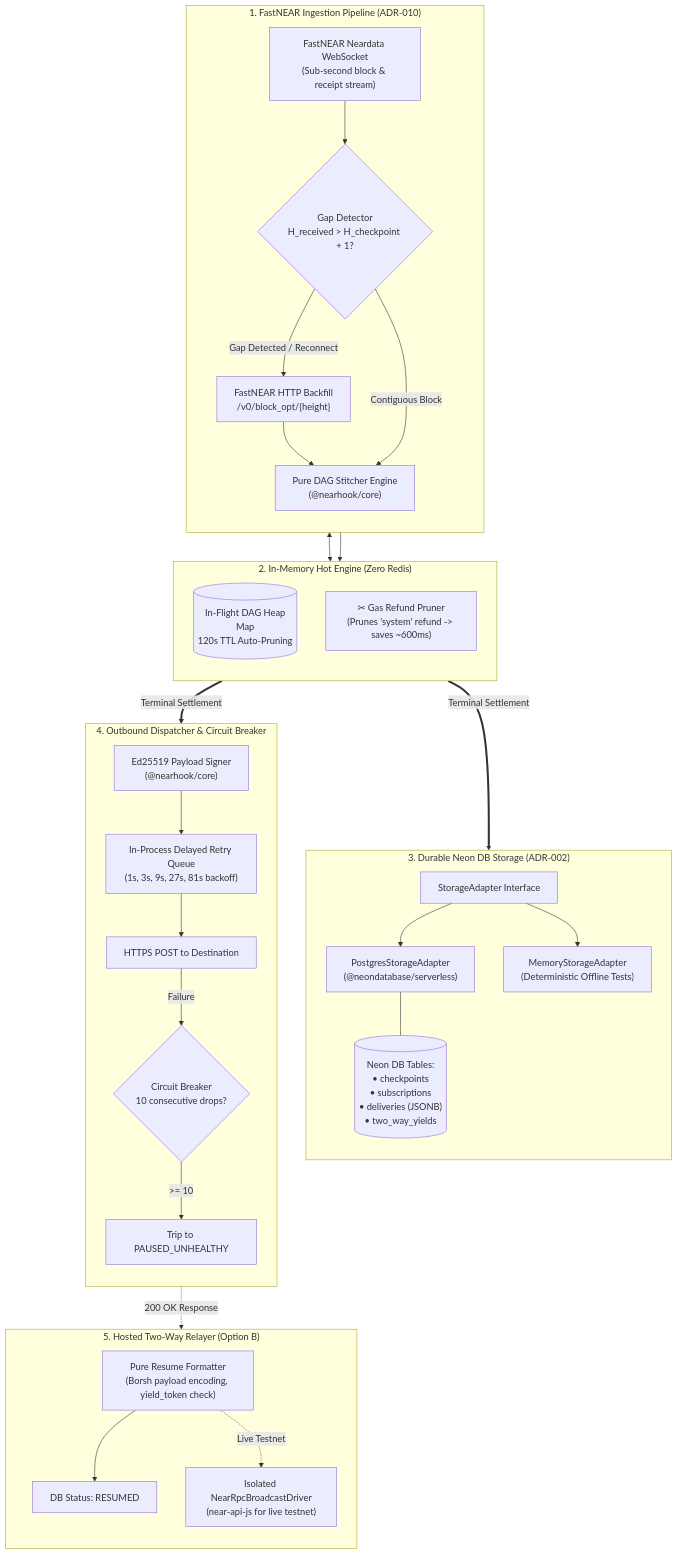
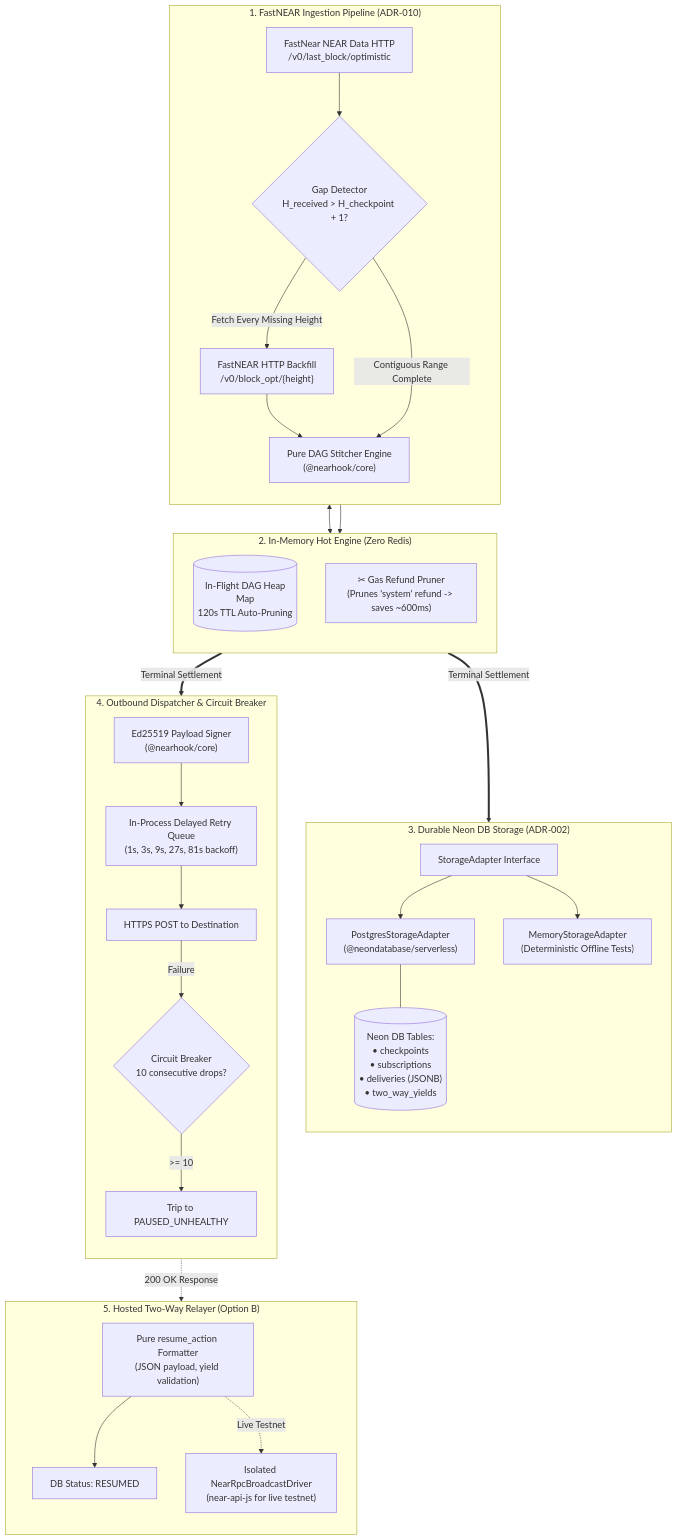
One commit to Team-Managed/NEARHook changed the diagram in docs/tickets/07-fastnear-poller-and-durable-storage.md. Above: the diagram before and after it, drawn with Mermaid. The commit also changed other lines of this file and 2 other files, not shown here.

First line of the commit message:
chore: add DAG vs Saga architectural rationale and align specifications

````diff
--- a/docs/tickets/07-fastnear-poller-and-durable-storage.md
+++ b/docs/tickets/07-fastnear-poller-and-durable-storage.md
@@ -40,60 +41,60 @@
 ```mermaid
 flowchart TD
     subgraph S1["1. FastNEAR Ingestion Pipeline (ADR-010)"]
         direction TB
-        WS["FastNEAR Neardata WebSocket<br/>(Sub-second block & receipt stream)"]
+        HTTPPOLL["FastNear NEAR Data HTTP<br/>/v0/last_block/optimistic"]
         GAP{"Gap Detector<br/>H_received > H_checkpoint + 1?"}
         HTTP["FastNEAR HTTP Backfill<br/>/v0/block_opt/{height}"]
-        WS --> GAP
-        GAP -- "Gap Detected / Reconnect" --> HTTP
+        HTTPPOLL --> GAP
+        GAP -- "Fetch Every Missing Height" --> HTTP
         HTTP --> STITCH
-        GAP -- "Contiguous Block" --> STITCH
+        GAP -- "Contiguous Range Complete" --> STITCH
     end
 
     subgraph S2["2. In-Memory Hot Engine (Zero Redis)"]
         direction TB
         RAM[("In-Flight DAG Heap<br/>Map<TxHash, InFlightDAG><br/>120s TTL Auto-Pruning")]
         STITCH["Pure DAG Stitcher Engine<br/>(@nearhook/core)"]
         PRUNE["✂ Gas Refund Pruner<br/>(Prunes 'system' refund -> saves ~600ms)"]
         STITCH <--> RAM
         STITCH --> PRUNE
     end
 
     subgraph S3["3. Durable Neon DB Storage (ADR-002)"]
         direction TB
         IFACE["StorageAdapter Interface"]
         PG["PostgresStorageAdapter<br/>(@neondatabase/serverless)"]
         MEM["MemoryStorageAdapter<br/>(Deterministic Offline Tests)"]
         IFACE --> PG
         IFACE --> MEM
         SQL[("Neon DB Tables:<br/>• checkpoints<br/>• subscriptions<br/>• deliveries (JSONB)<br/>• two_way_yields")]
         PG --- SQL
     end
 
     subgraph S4["4. Outbound Dispatcher & Circuit Breaker"]
         direction TB
         SIGN["Ed25519 Payload Signer<br/>(@nearhook/core)"]
         RETRY["In-Process Delayed Retry Queue<br/>(1s, 3s, 9s, 27s, 81s backoff)"]
         POST["HTTPS POST to Destination"]
         CB{"Circuit Breaker<br/>10 consecutive drops?"}
         TRIP["Trip to PAUSED_UNHEALTHY"]
         
         SIGN --> RETRY --> POST
         POST -- "Failure" --> CB
         CB -- ">= 10" --> TRIP
     end
 
     subgraph S5["5. Hosted Two-Way Relayer (Option B)"]
         direction TB
-        PURE["Pure Resume Formatter<br/>(Borsh payload encoding, yield_token check)"]
+        PURE["Pure resume_action Formatter<br/>(JSON payload, yield validation)"]
         UPDATE["DB Status: RESUMED"]
         BROADCAST["Isolated NearRpcBroadcastDriver<br/>(near-api-js for live testnet)"]
         
         POST -.->|"200 OK Response"| PURE
         PURE --> UPDATE
         PURE -.->|"Live Testnet"| BROADCAST
     end
 
     PRUNE ==>|"Terminal Settlement"| IFACE
     PRUNE ==>|"Terminal Settlement"| SIGN
 ```
````
